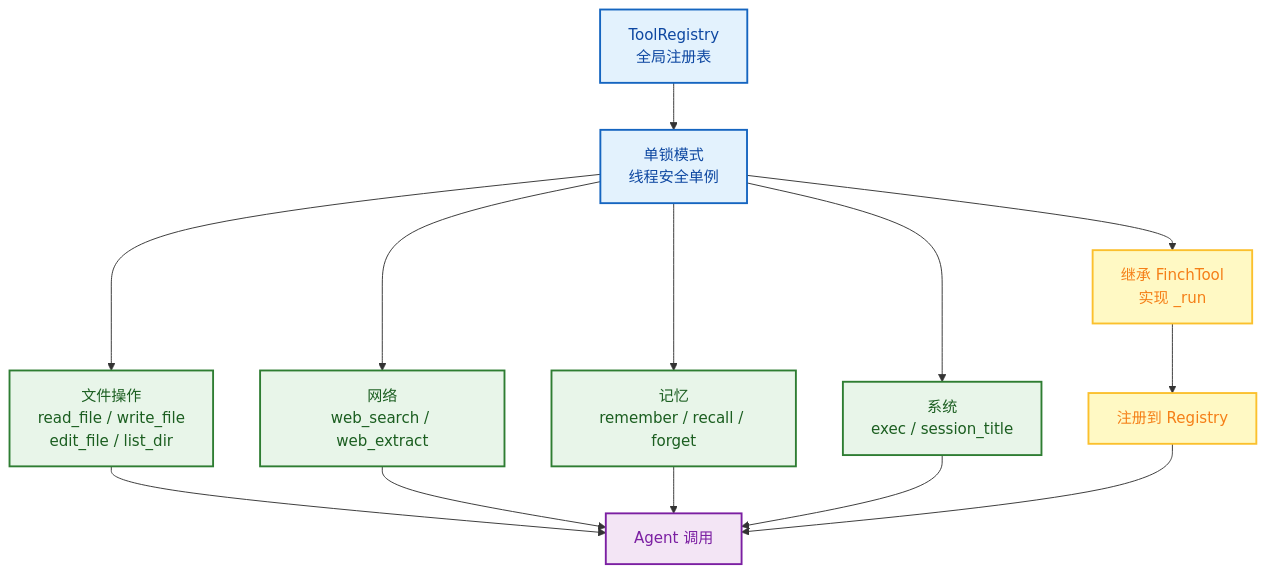
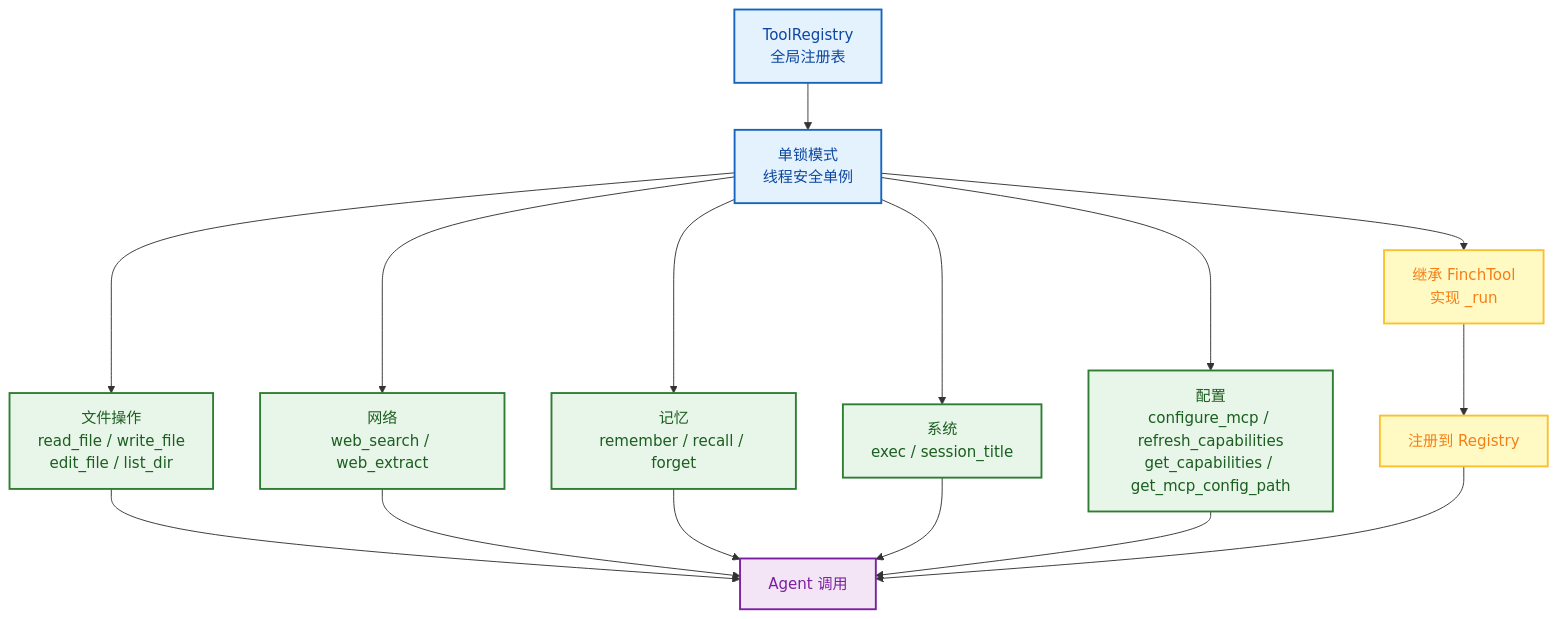
Before and after one commit to xt765/FinchBot: the sixth of 8 diagrams in README_CN.md, drawn with Mermaid. The commit also changed other lines of this file and 1 other file, not shown here.

````diff
--- a/README_CN.md
+++ b/README_CN.md
@@ -397,30 +410,32 @@
 ```mermaid
 flowchart TB
     classDef registry fill:#e3f2fd,stroke:#1565c0,stroke-width:2px,color:#0d47a1;
     classDef builtin fill:#e8f5e9,stroke:#2e7d32,stroke-width:2px,color:#1b5e20;
     classDef custom fill:#fff9c4,stroke:#fbc02d,stroke-width:2px,color:#f57f17;
     classDef agent fill:#f3e5f5,stroke:#7b1fa2,stroke-width:2px,color:#7b1fa2;
 
     TR[ToolRegistry<br/>全局注册表]:::registry
     Lock[单锁模式<br/>线程安全单例]:::registry
 
     File[文件操作<br/>read_file / write_file<br/>edit_file / list_dir]:::builtin
     Web[网络<br/>web_search / web_extract]:::builtin
     Memory[记忆<br/>remember / recall / forget]:::builtin
     System[系统<br/>exec / session_title]:::builtin
+    Config[配置<br/>configure_mcp / refresh_capabilities<br/>get_capabilities / get_mcp_config_path]:::builtin
 
     Inherit[继承 FinchTool<br/>实现 _run]:::custom
     Register[注册到 Registry]:::custom
 
     Agent[Agent 调用]:::agent
 
     TR --> Lock
-    Lock --> File & Web & Memory & System
+    Lock --> File & Web & Memory & System & Config
     Lock --> Inherit --> Register
 
     File --> Agent
     Web --> Agent
     Memory --> Agent
     System --> Agent
+    Config --> Agent
     Register --> Agent
 ```
````
